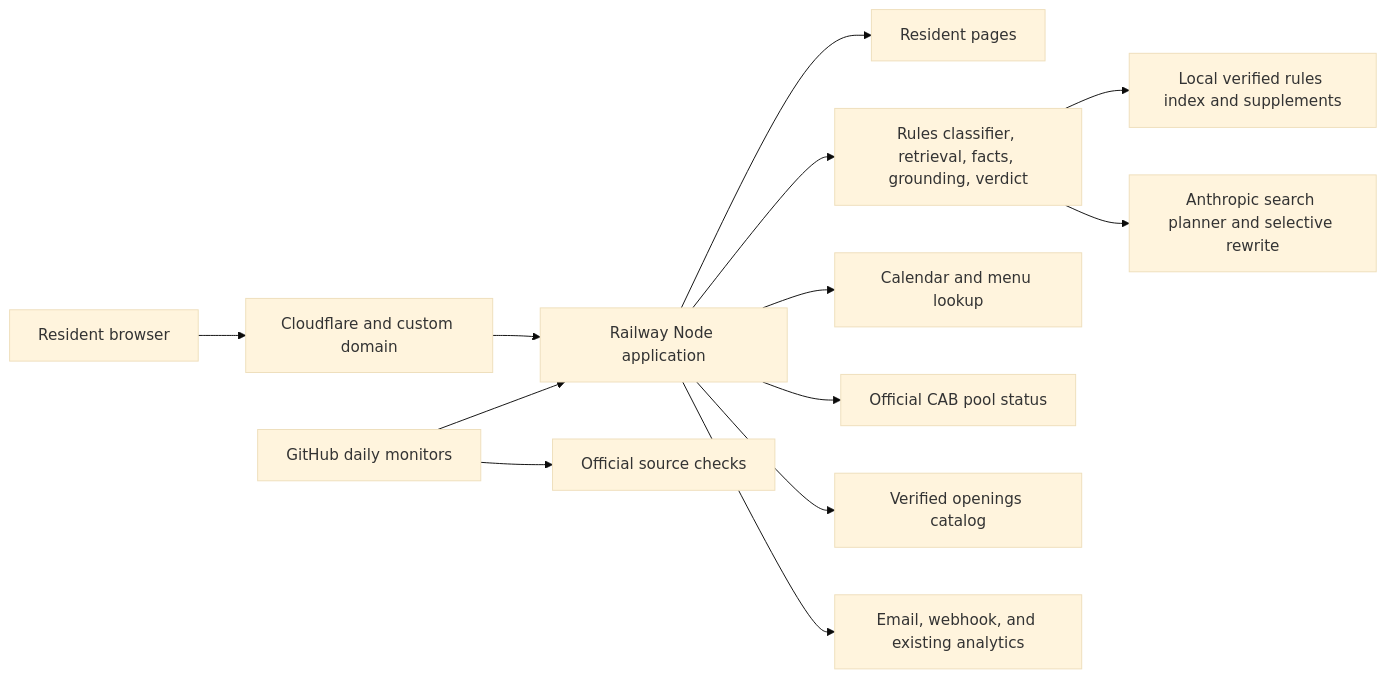
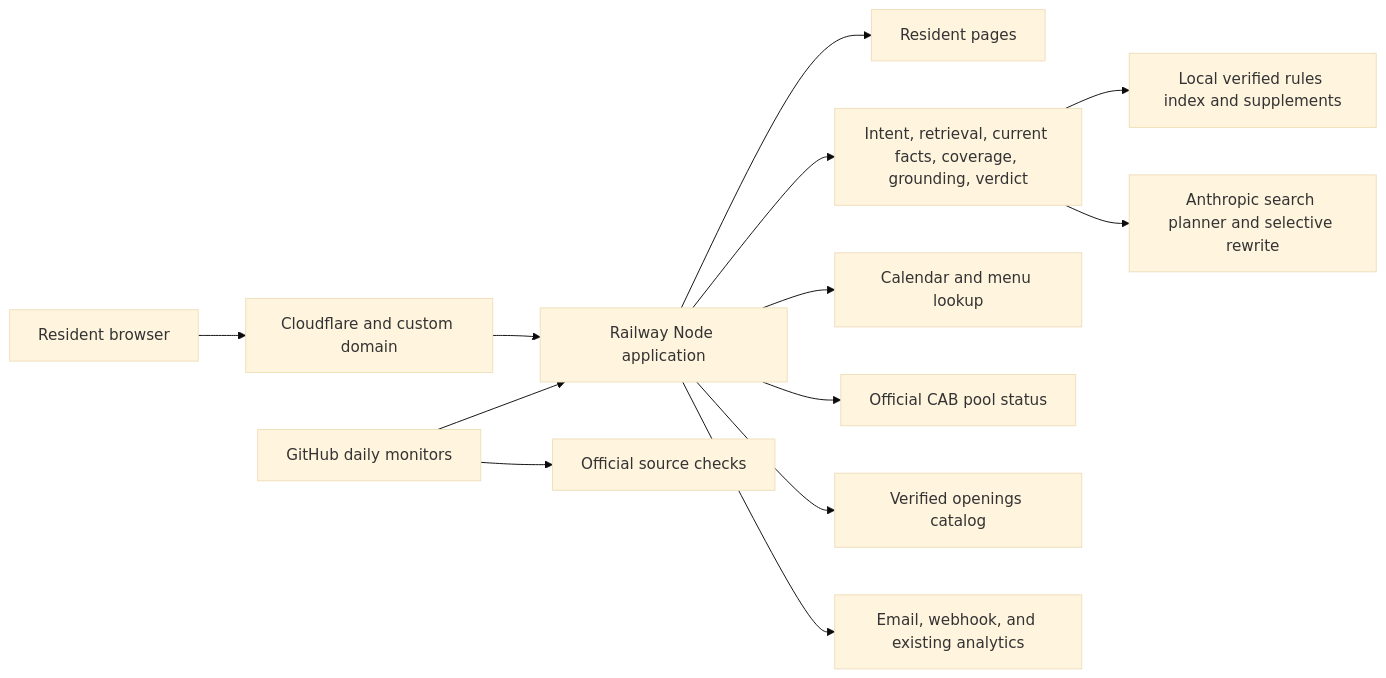
Before and after one commit to mar15sa/sterling-ranch-food-truck-chat: the diagram in docs/ARCHITECTURE.md, drawn with Mermaid (base theme). The commit also changed other lines of this file and 14 other files, not shown here.

````diff
--- a/docs/ARCHITECTURE.md
+++ b/docs/ARCHITECTURE.md
@@ -5,15 +5,15 @@
 ```mermaid
 flowchart LR
   Resident[Resident browser] --> Edge[Cloudflare and custom domain]
   Edge --> App[Railway Node application]
   App --> Static[Resident pages]
-  App --> Rules[Rules classifier, retrieval, facts, grounding, verdict]
+  App --> Rules[Intent, retrieval, current facts, coverage, grounding, verdict]
   App --> Food[Calendar and menu lookup]
   App --> Pool[Official CAB pool status]
   App --> Openings[Verified openings catalog]
   Rules --> Index[Local verified rules index and supplements]
   Rules --> Claude[Anthropic search planner and selective rewrite]
   App --> Alerts[Email, webhook, and existing analytics]
   GitHub[GitHub daily monitors] --> App
   GitHub --> Sources[Official source checks]
 ```
````
